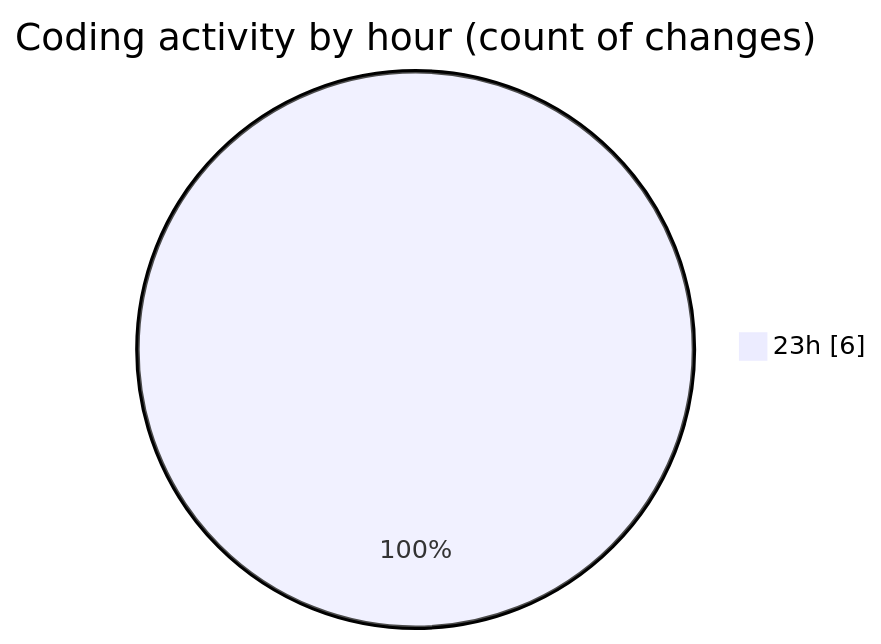
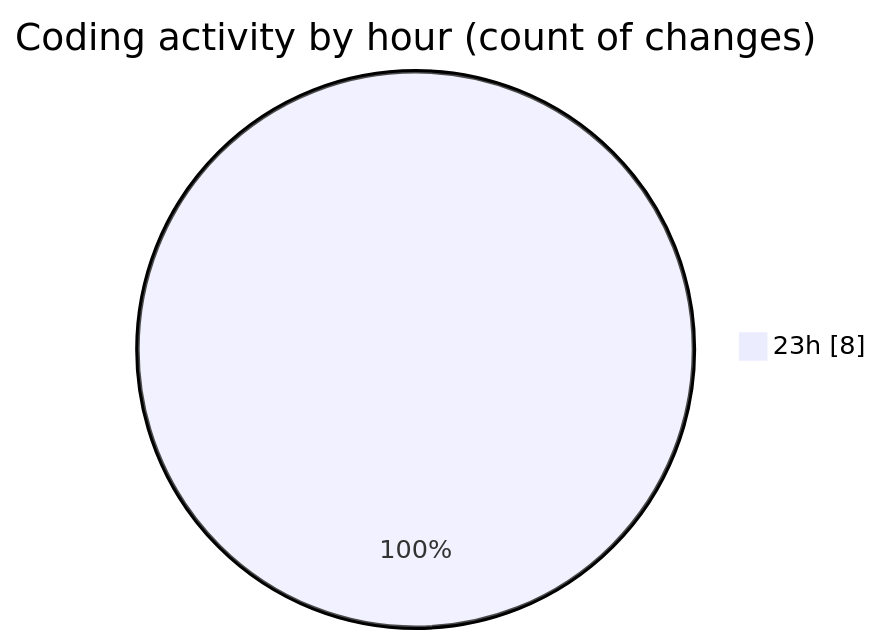
One commit to hasnaa123/code-tracking changed the second of 2 diagrams in 2026-10-08/taskforge/README.md. Above: the diagram before and after it, drawn with Mermaid. The commit also changed other lines of this file and 1 other file, not shown here.

````diff
--- a/2026-10-08/taskforge/README.md
+++ b/2026-10-08/taskforge/README.md
@@ -28,5 +28,5 @@
 ```mermaid
 pie showData
 title Coding activity by hour (count of changes)
-"23h" : 6
+"23h" : 8
 ```
````
